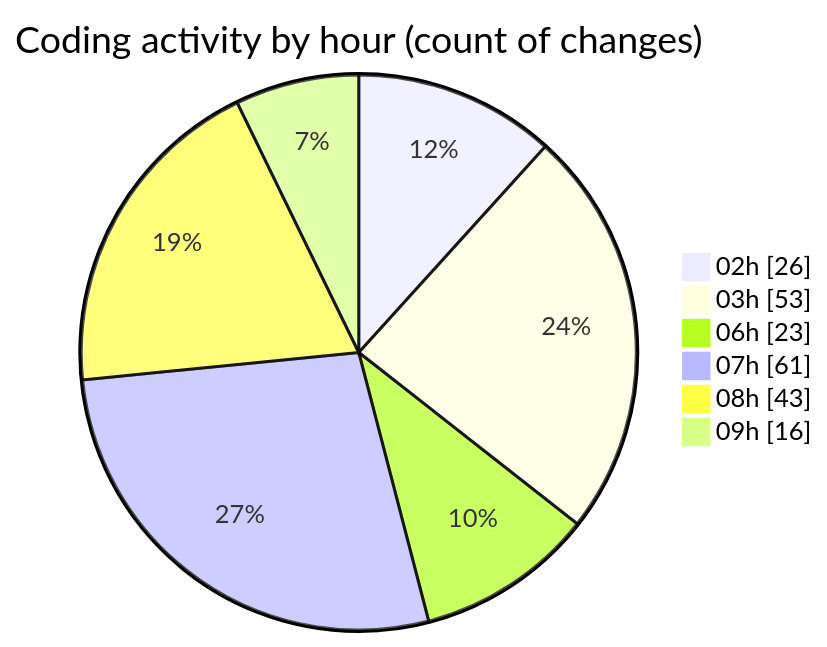
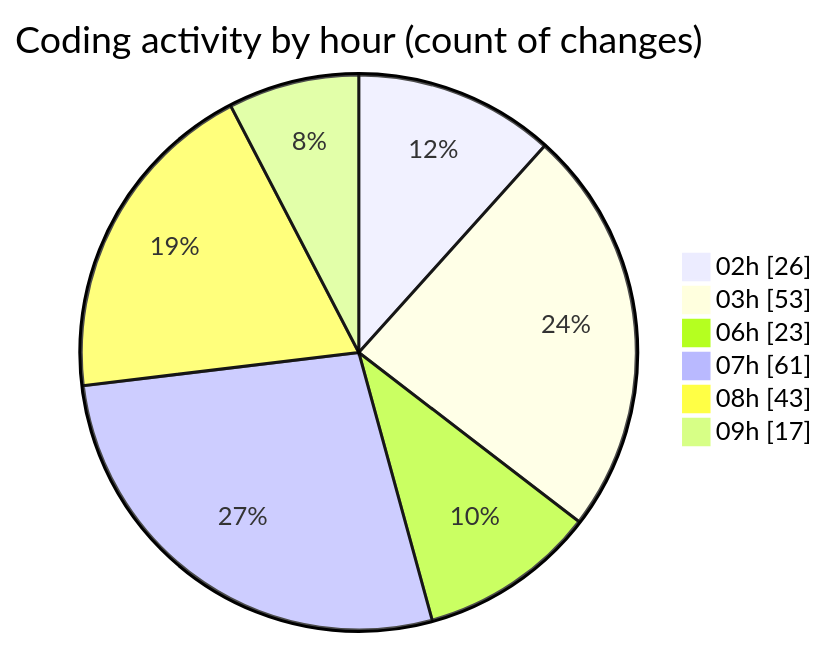
One commit to charlie-sans/code-tracking changed the second of 2 diagrams in 2025-02-22/micros/README.md. Above: the diagram before and after it, drawn with Mermaid. The commit also changed other lines of this file and 1 other file, not shown here.

````diff
--- a/2025-02-22/micros/README.md
+++ b/2025-02-22/micros/README.md
@@ -74,10 +74,10 @@
 ```mermaid
 pie showData
 title Coding activity by hour (count of changes)
 "02h" : 26
 "03h" : 53
 "06h" : 23
 "07h" : 61
 "08h" : 43
-"09h" : 16
+"09h" : 17
 ```
````
